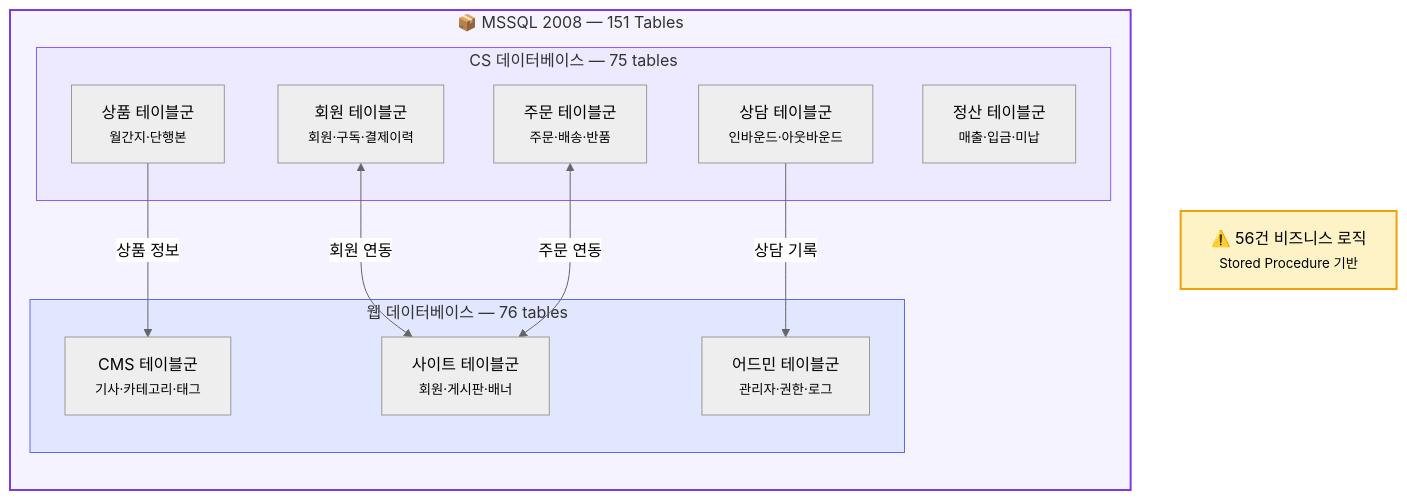
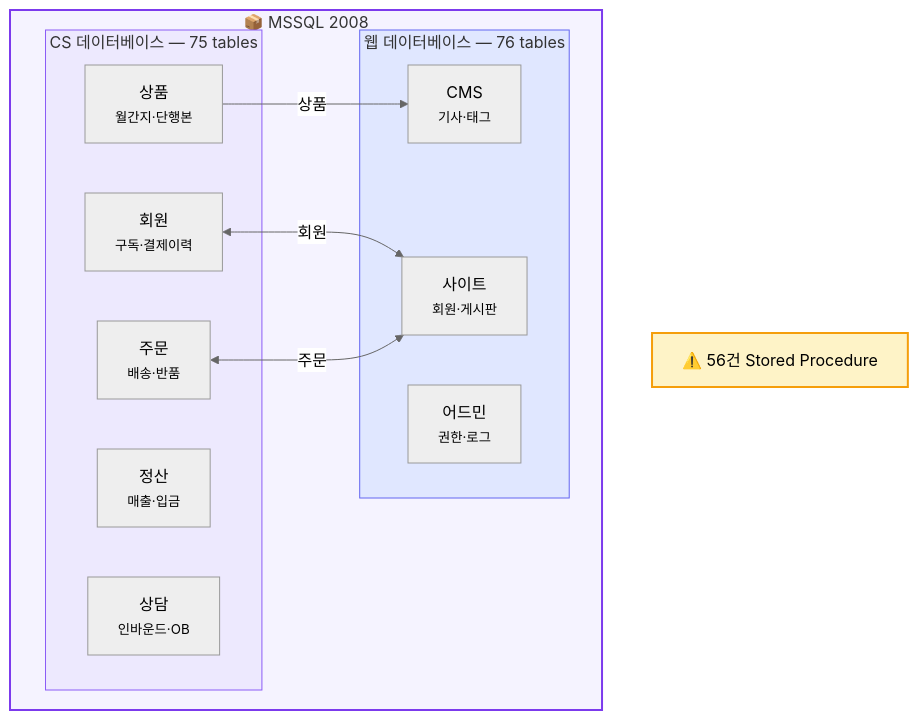
One commit to sknkwoxs/manual-book changed the eighth of 8 diagrams in src/content/docs/goodthinking-isp/02-analysis/entity-map.md. Above: the diagram before and after it, drawn with Mermaid (neutral theme). The commit also changed other lines of this file and 60 other files, not shown here.

````diff
--- a/src/content/docs/goodthinking-isp/02-analysis/entity-map.md
+++ b/src/content/docs/goodthinking-isp/02-analysis/entity-map.md
@@ -405,30 +391,28 @@
 ```mermaid
 flowchart TB
-    subgraph DB["📦 MSSQL 2008 — 151 Tables"]
-        direction TB
+    subgraph DB["📦 MSSQL 2008"]
         subgraph CS_DB["CS 데이터베이스 — 75 tables"]
-            T_MEM["회원 테이블군<br/><small>회원·구독·결제이력</small>"]
-            T_ORD["주문 테이블군<br/><small>주문·배송·반품</small>"]
-            T_PRD["상품 테이블군<br/><small>월간지·단행본</small>"]
-            T_FIN["정산 테이블군<br/><small>매출·입금·미납</small>"]
-            T_CS["상담 테이블군<br/><small>인바운드·아웃바운드</small>"]
+            T_MEM["회원<br/><small>구독·결제이력</small>"]
+            T_ORD["주문<br/><small>배송·반품</small>"]
+            T_PRD["상품<br/><small>월간지·단행본</small>"]
+            T_FIN["정산<br/><small>매출·입금</small>"]
+            T_CS["상담<br/><small>인바운드·OB</small>"]
         end
         subgraph WEB_DB["웹 데이터베이스 — 76 tables"]
-            T_CMS["CMS 테이블군<br/><small>기사·카테고리·태그</small>"]
-            T_SITE["사이트 테이블군<br/><small>회원·게시판·배너</small>"]
-            T_ADMIN["어드민 테이블군<br/><small>관리자·권한·로그</small>"]
+            T_CMS["CMS<br/><small>기사·태그</small>"]
+            T_SITE["사이트<br/><small>회원·게시판</small>"]
+            T_ADMIN["어드민<br/><small>권한·로그</small>"]
         end
     end
 
-    T_MEM <-->|"회원 연동"| T_SITE
-    T_ORD <-->|"주문 연동"| T_SITE
-    T_PRD -->|"상품 정보"| T_CMS
-    T_CS -->|"상담 기록"| T_ADMIN
+    T_MEM <-->|"회원"| T_SITE
+    T_ORD <-->|"주문"| T_SITE
+    T_PRD -->|"상품"| T_CMS
 
-    NOTE["⚠️ 56건 비즈니스 로직<br/><small>Stored Procedure 기반</small>"]
+    NOTE["⚠️ 56건 Stored Procedure"]
 
     style DB fill:#f5f3ff,stroke:#7c3aed,stroke-width:2px
     style CS_DB fill:#ede9fe,stroke:#8b5cf6
     style WEB_DB fill:#e0e7ff,stroke:#6366f1
     style NOTE fill:#fef3c7,stroke:#f59e0b,stroke-width:2px
 ```
````
